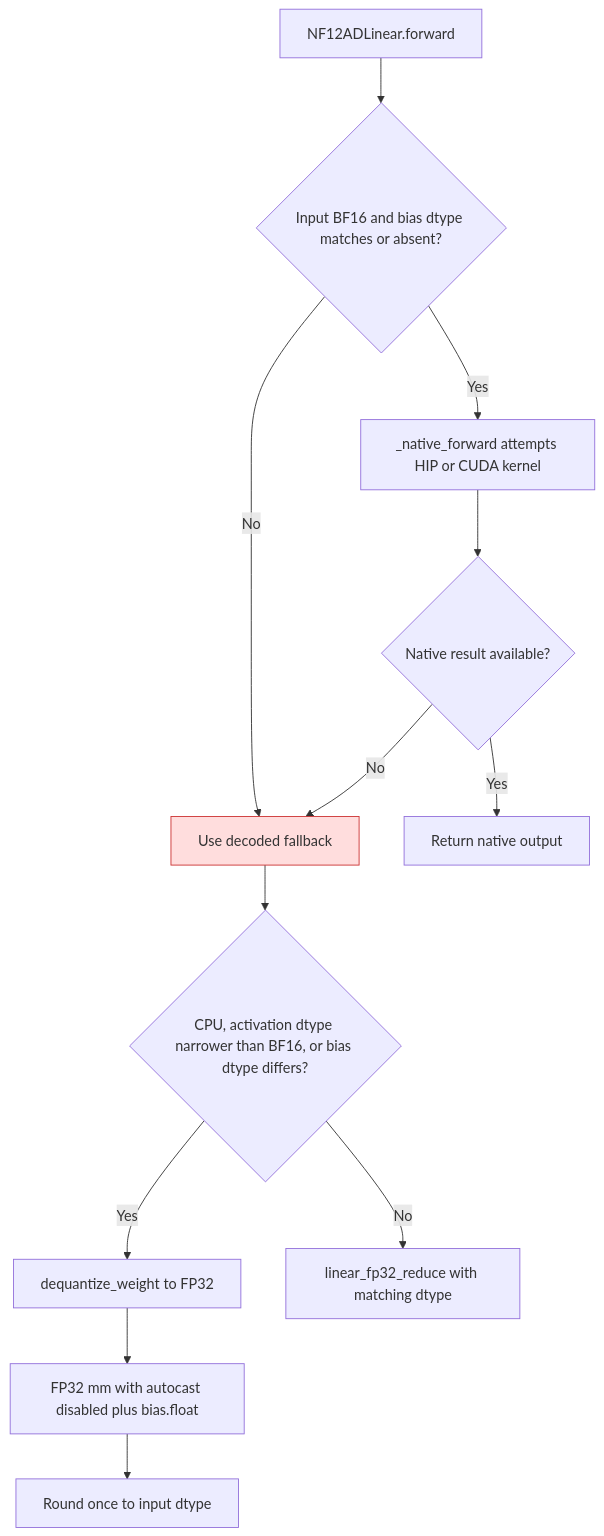
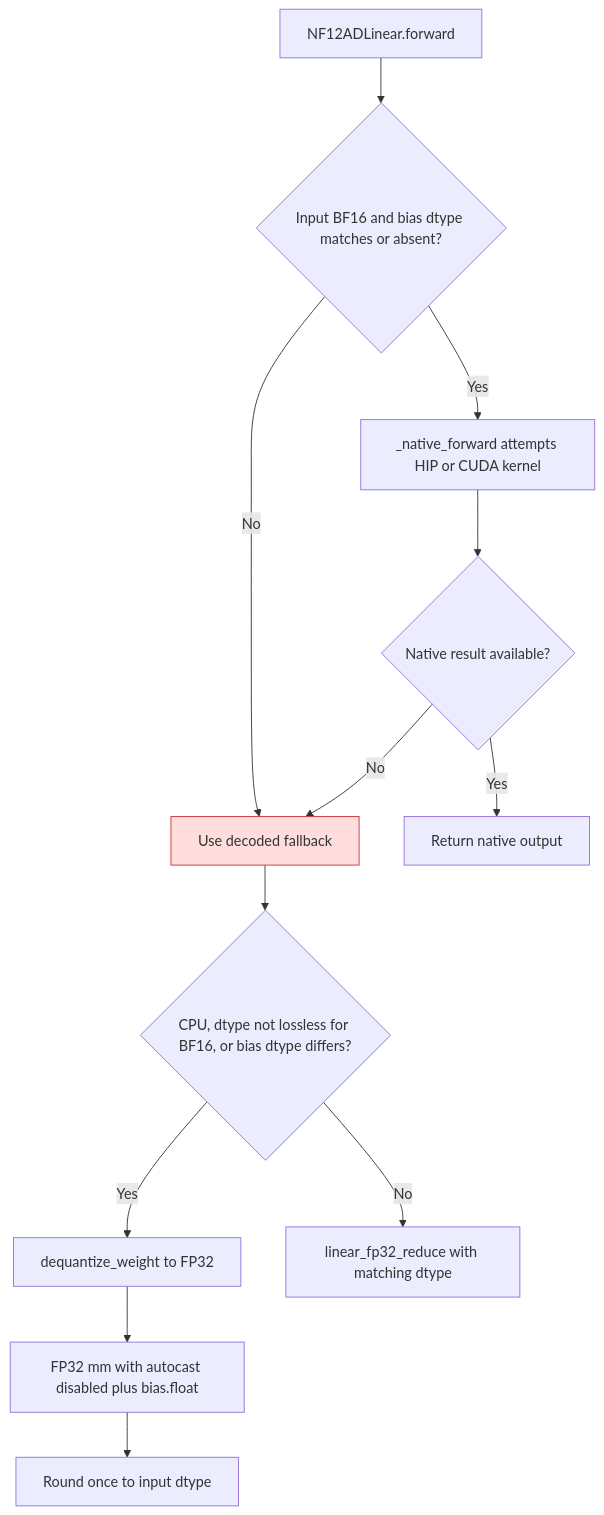
One commit to ModelCloud/GPTQModel changed the diagram in docs/nf12-bias-epilogue.md. Above: the diagram before and after it, drawn with Mermaid. The commit also changed other lines of this file and 2 other files, not shown here.

````diff
--- a/docs/nf12-bias-epilogue.md
+++ b/docs/nf12-bias-epilogue.md
@@ -19,16 +19,16 @@
 ```mermaid
 flowchart TD
     A["NF12ADLinear.forward"] --> B{"Input BF16 and bias dtype matches or absent?"}
     B -- Yes --> C["_native_forward attempts HIP or CUDA kernel"]
     B -- No --> D["Use decoded fallback"]
     C --> E{"Native result available?"}
     E -- Yes --> F["Return native output"]
     E -- No --> D
-    D --> G{"CPU, activation dtype narrower than BF16, or bias dtype differs?"}
+    D --> G{"CPU, dtype not lossless for BF16, or bias dtype differs?"}
     G -- Yes --> H["dequantize_weight to FP32"]
     H --> I["FP32 mm with autocast disabled plus bias.float"]
     I --> J["Round once to input dtype"]
     G -- No --> K["linear_fp32_reduce with matching dtype"]
     classDef fallback fill:#fdd,stroke:#c33
     class D fallback
 ```
````
